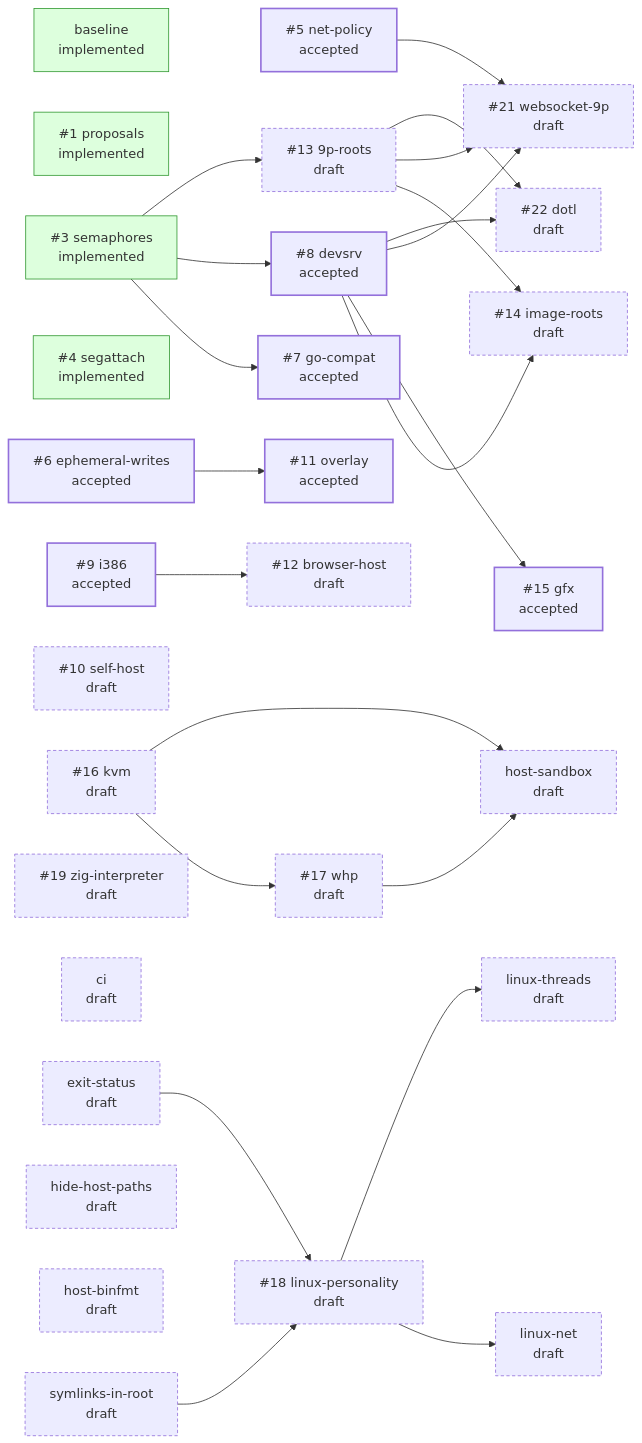
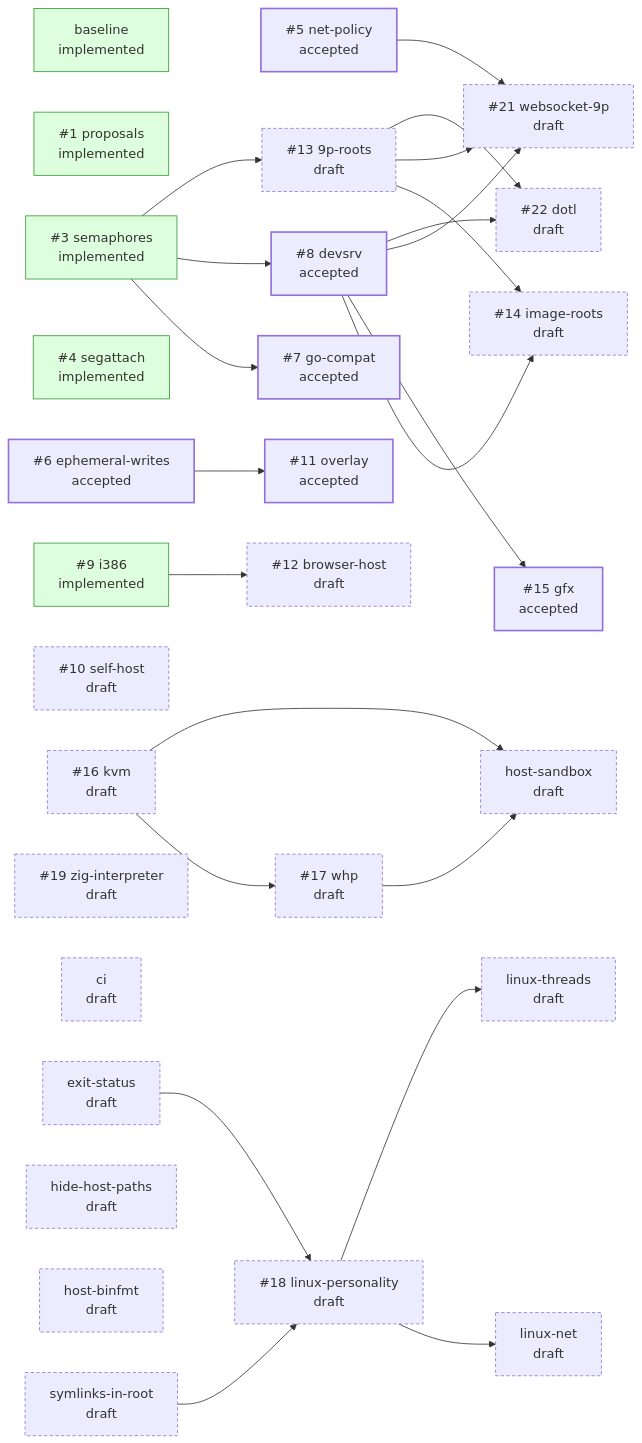
One commit to jpf/hyper9 changed the diagram in README.md. Above: the diagram before and after it, drawn with Mermaid. The commit also changed other lines of this file and 1 other file, not shown here.

First line of the commit message:
design: i386 is implemented

````diff
--- a/README.md
+++ b/README.md
@@ -46,56 +46,56 @@
 ```mermaid
 flowchart LR
   classDef draft stroke-dasharray: 4 3
   classDef accepted stroke-width: 2px
   classDef implemented fill:#dfd,stroke:#393
   classDef closed fill:#eee,stroke:#999,color:#777
   p_baseline["baseline<br/>implemented"]:::implemented
   p_proposals["#35;1 proposals<br/>implemented"]:::implemented
   p_semaphores["#35;3 semaphores<br/>implemented"]:::implemented
   p_segattach["#35;4 segattach<br/>implemented"]:::implemented
   p_net_policy["#35;5 net-policy<br/>accepted"]:::accepted
   p_ephemeral_writes["#35;6 ephemeral-writes<br/>accepted"]:::accepted
   p_go_compat["#35;7 go-compat<br/>accepted"]:::accepted
   p_devsrv["#35;8 devsrv<br/>accepted"]:::accepted
-  p_i386["#35;9 i386<br/>accepted"]:::accepted
+  p_i386["#35;9 i386<br/>implemented"]:::implemented
   p_self_host["#35;10 self-host<br/>draft"]:::draft
   p_overlay["#35;11 overlay<br/>accepted"]:::accepted
   p_browser_host["#35;12 browser-host<br/>draft"]:::draft
   p_9p_roots["#35;13 9p-roots<br/>draft"]:::draft
   p_image_roots["#35;14 image-roots<br/>draft"]:::draft
   p_gfx["#35;15 gfx<br/>accepted"]:::accepted
   p_kvm["#35;16 kvm<br/>draft"]:::draft
   p_whp["#35;17 whp<br/>draft"]:::draft
   p_linux_personality["#35;18 linux-personality<br/>draft"]:::draft
   p_zig_interpreter["#35;19 zig-interpreter<br/>draft"]:::draft
   p_websocket_9p["#35;21 websocket-9p<br/>draft"]:::draft
   p_dotl["#35;22 dotl<br/>draft"]:::draft
   p_ci["ci<br/>draft"]:::draft
   p_exit_status["exit-status<br/>draft"]:::draft
   p_hide_host_paths["hide-host-paths<br/>draft"]:::draft
   p_host_binfmt["host-binfmt<br/>draft"]:::draft
   p_host_sandbox["host-sandbox<br/>draft"]:::draft
   p_linux_net["linux-net<br/>draft"]:::draft
   p_linux_threads["linux-threads<br/>draft"]:::draft
   p_symlinks_in_root["symlinks-in-root<br/>draft"]:::draft
   p_semaphores --> p_go_compat
   p_semaphores --> p_devsrv
   p_ephemeral_writes --> p_overlay
   p_i386 --> p_browser_host
   p_semaphores --> p_9p_roots
   p_devsrv --> p_image_roots
   p_9p_roots --> p_image_roots
   p_devsrv --> p_gfx
   p_kvm --> p_whp
   p_symlinks_in_root --> p_linux_personality
   p_exit_status --> p_linux_personality
   p_net_policy --> p_websocket_9p
   p_devsrv --> p_websocket_9p
   p_9p_roots --> p_websocket_9p
   p_devsrv --> p_dotl
   p_9p_roots --> p_dotl
   p_kvm --> p_host_sandbox
   p_whp --> p_host_sandbox
   p_linux_personality --> p_linux_net
   p_linux_personality --> p_linux_threads
 ```
````
